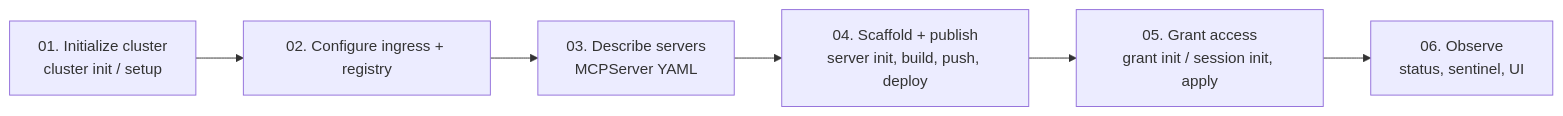
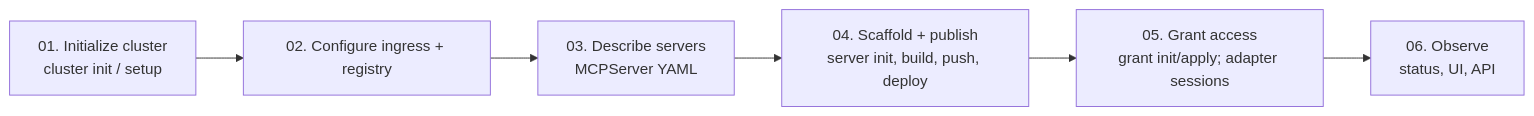
One commit to Agent-Hellboy/mcp-runtime changed the third of 3 diagrams in docs/runtime.md. Above: the diagram before and after it, drawn with Mermaid. The commit also changed other lines of this file and 14 other files, not shown here.

````diff
--- a/docs/runtime.md
+++ b/docs/runtime.md
@@ -106,8 +106,8 @@
 ```mermaid
 flowchart LR
     A[01. Initialize cluster<br/>cluster init / setup] --> B[02. Configure ingress + registry]
     B --> C[03. Describe servers<br/>MCPServer YAML]
     C --> D[04. Scaffold + publish<br/>server init, build, push, deploy]
-    D --> E[05. Grant access<br/>grant init / session init, apply]
-    E --> F[06. Observe<br/>status, sentinel, UI]
+    D --> E[05. Grant access<br/>grant init/apply; adapter sessions]
+    E --> F[06. Observe<br/>status, UI, API]
 ```
````
